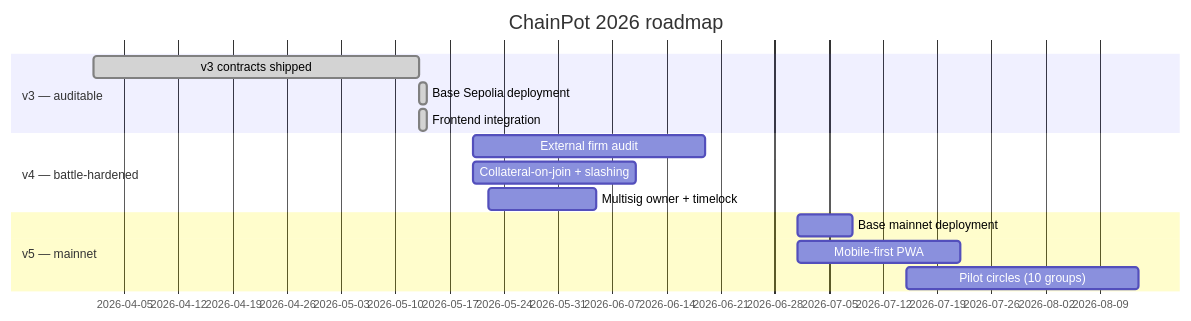
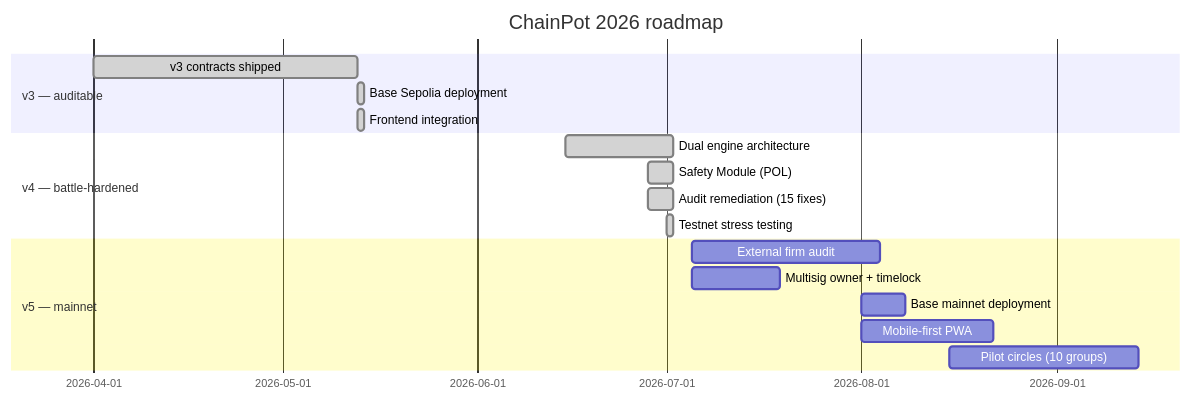
One commit to Web3Spell/chainpot changed the fifth of 5 diagrams in README.md. Above: the diagram before and after it, drawn with Mermaid. The commit also changed other lines of this file and 1 other file, not shown here.

````diff
--- a/README.md
+++ b/README.md
@@ -250,17 +313,20 @@
 ```mermaid
 gantt
     title ChainPot 2026 roadmap
     dateFormat YYYY-MM-DD
     section v3 — auditable
     v3 contracts shipped         :done, 2026-04-01, 2026-05-13
     Base Sepolia deployment      :done, 2026-05-13, 1d
     Frontend integration         :done, 2026-05-13, 1d
     section v4 — battle-hardened
-    External firm audit          :2026-05-20, 30d
-    Collateral-on-join + slashing:2026-05-20, 21d
-    Multisig owner + timelock    :2026-05-22, 14d
+    Dual engine architecture     :done, 2026-06-15, 2026-07-02
+    Safety Module (POL)          :done, 2026-06-28, 2026-07-02
+    Audit remediation (15 fixes) :done, 2026-06-28, 2026-07-02
+    Testnet stress testing       :done, 2026-07-01, 2026-07-02
     section v5 — mainnet
-    Base mainnet deployment      :2026-07-01, 7d
-    Mobile-first PWA             :2026-07-01, 21d
-    Pilot circles (10 groups)    :2026-07-15, 30d
+    External firm audit          :2026-07-05, 30d
+    Multisig owner + timelock    :2026-07-05, 14d
+    Base mainnet deployment      :2026-08-01, 7d
+    Mobile-first PWA             :2026-08-01, 21d
+    Pilot circles (10 groups)    :2026-08-15, 30d
 ```
````
